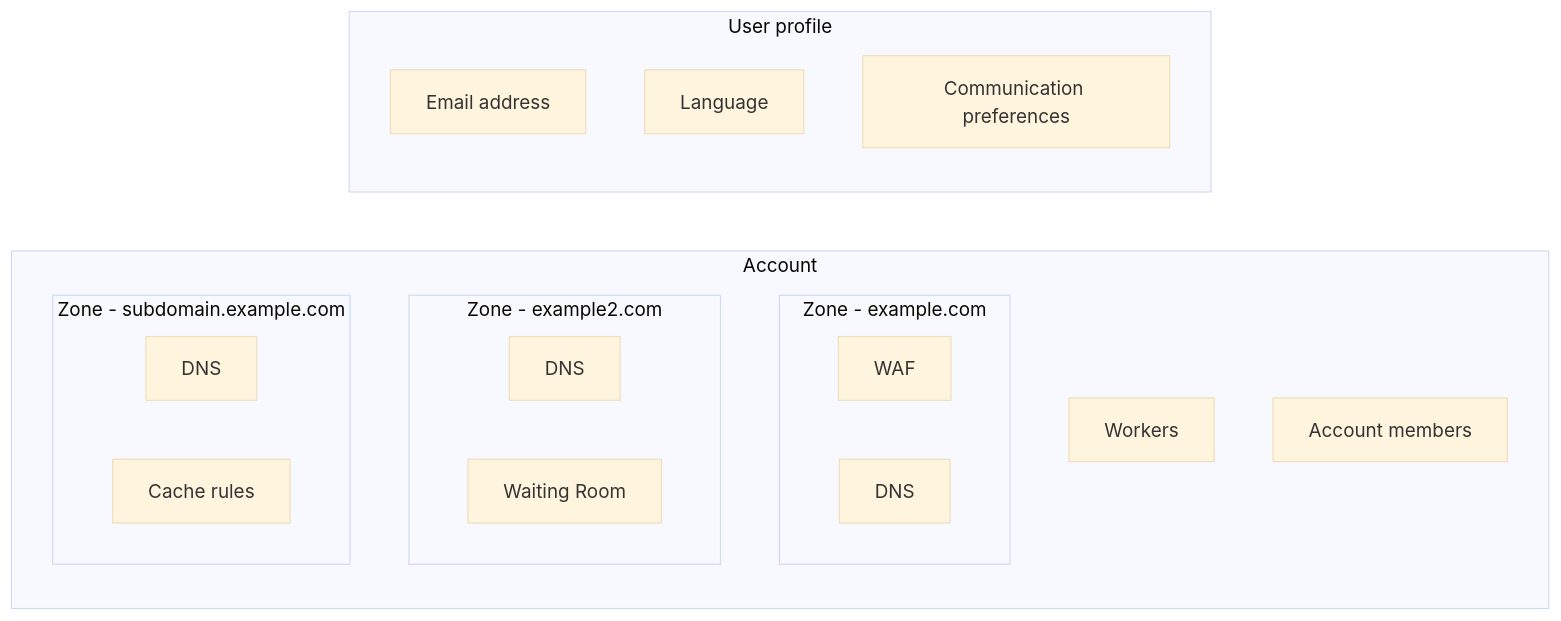
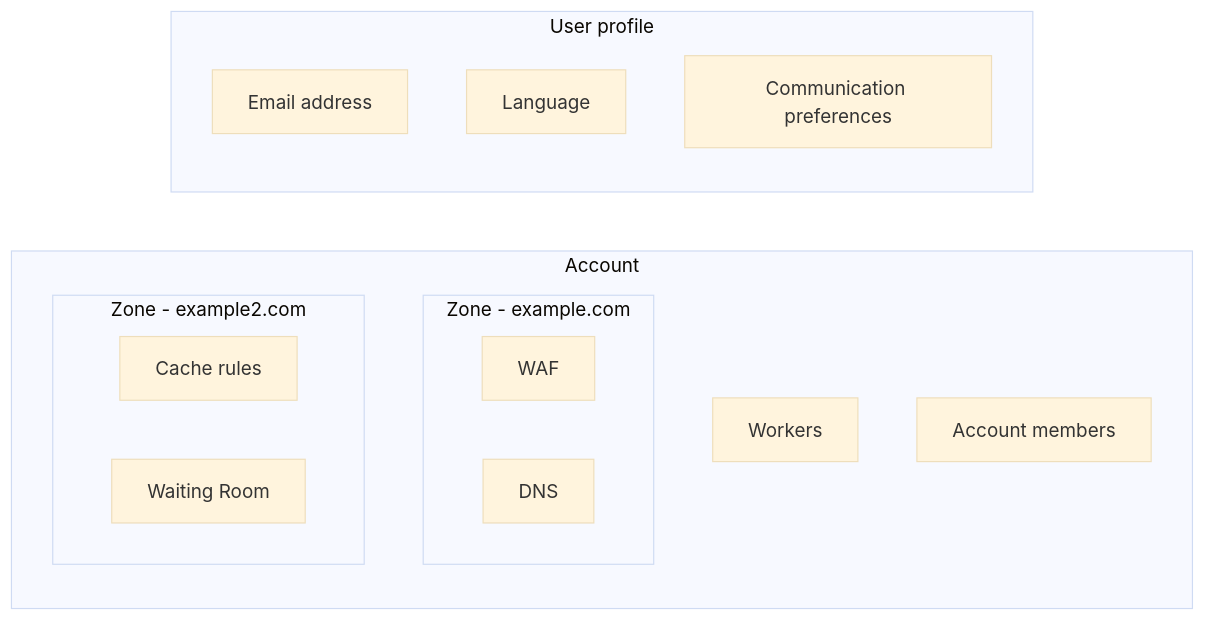
Before and after one commit to cloudflare/cloudflare-docs: the diagram in content/fundamentals/get-started/concepts/accounts-and-zones.md, drawn with Mermaid (base theme).

Commit message:
removed subdomain from diagram

```diff
--- a/content/fundamentals/get-started/concepts/accounts-and-zones.md
+++ b/content/fundamentals/get-started/concepts/accounts-and-zones.md
@@ -11,25 +11,21 @@
 <div class="mermaid">
 flowchart LR
 accTitle: Accounts contain zones and profiles contain user settings
 subgraph Account
     subgraph Zone - example.com
         A[WAF]
         B[DNS]
     end
     subgraph Zone - example2.com
-        C[DNS]
+        C[Cache rules]
         D[Waiting Room]
-    end
-    subgraph Zone - subdomain.example.com
-        E[DNS]
-        F[Cache rules]
     end
     Workers
     K[Account members]
 end
 subgraph User profile
     G[Email address]
     H[Language]
     I[Communication preferences]
 end
 </div>
```
